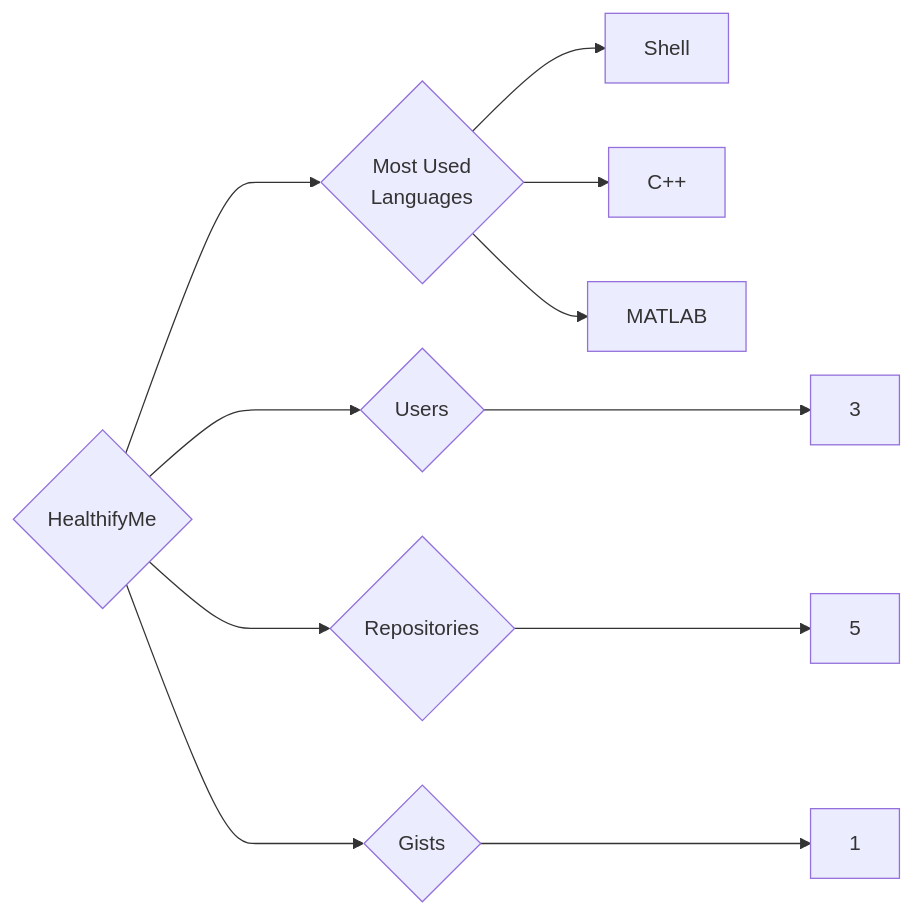
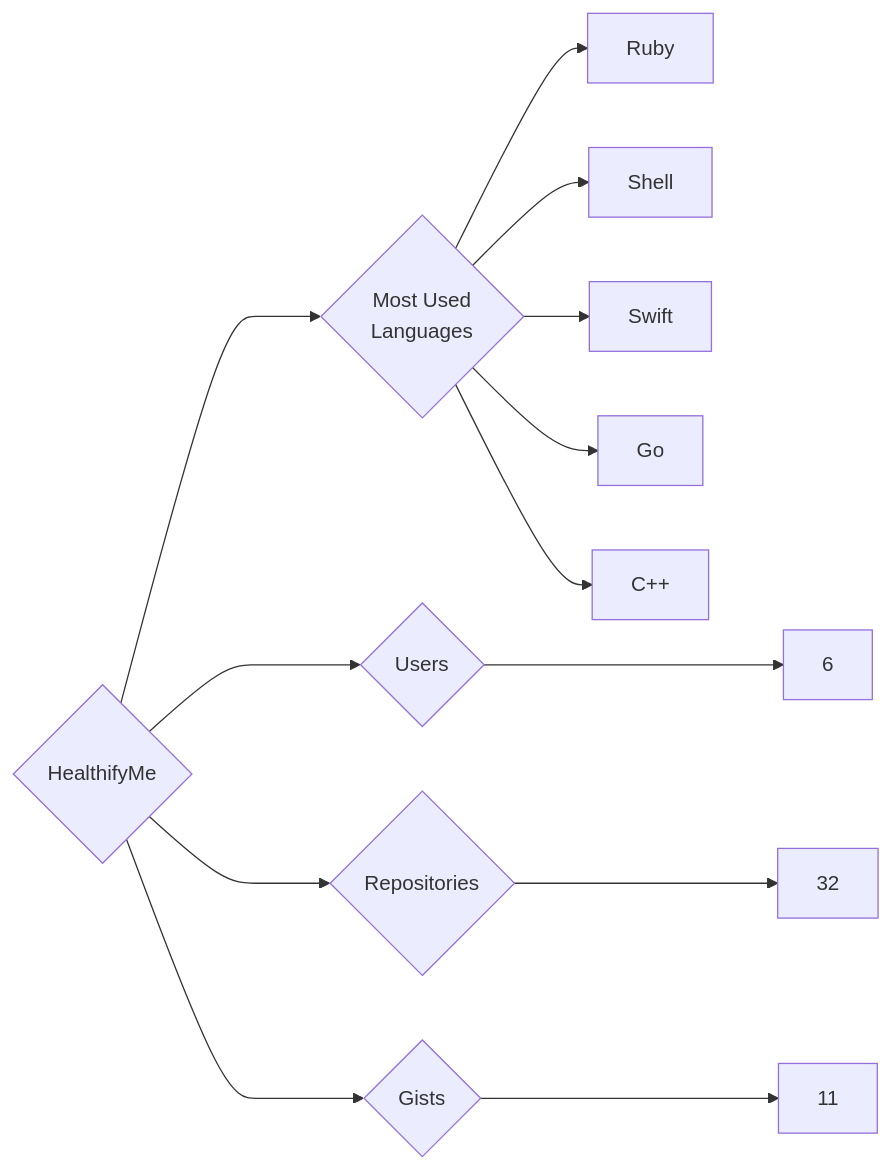
One commit to trickest/insiders changed the diagram in targets/HealthifyMe/README.md. Above: the diagram before and after it, drawn with Mermaid. The commit also changed 1149 other files, not shown here.

````diff
--- a/targets/HealthifyMe/README.md
+++ b/targets/HealthifyMe/README.md
@@ -3,11 +3,13 @@
 ```mermaid
 graph LR
 COMPANY_NAME{HealthifyMe}
-COMPANY_NAME ---> U{Users} ---> UN[3]
-COMPANY_NAME ---> R{Repositories} ---> RN[5]
-COMPANY_NAME ---> G{Gists} ---> GN[1]
+COMPANY_NAME ---> U{Users} ---> UN[6]
+COMPANY_NAME ---> R{Repositories} ---> RN[32]
+COMPANY_NAME ---> G{Gists} ---> GN[11]
 COMPANY_NAME ---> ML{Most Used<br>Languages}
+ML --> Ruby[Ruby]
 ML --> Shell[Shell]
+ML --> Swift[Swift]
+ML --> Go[Go]
 ML --> C++[C++]
-ML --> MATLAB[MATLAB]
 ```
````
